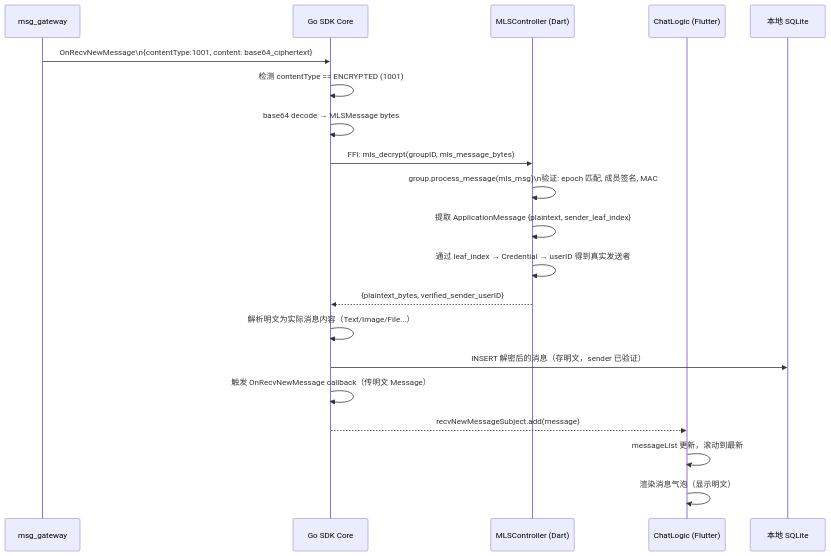
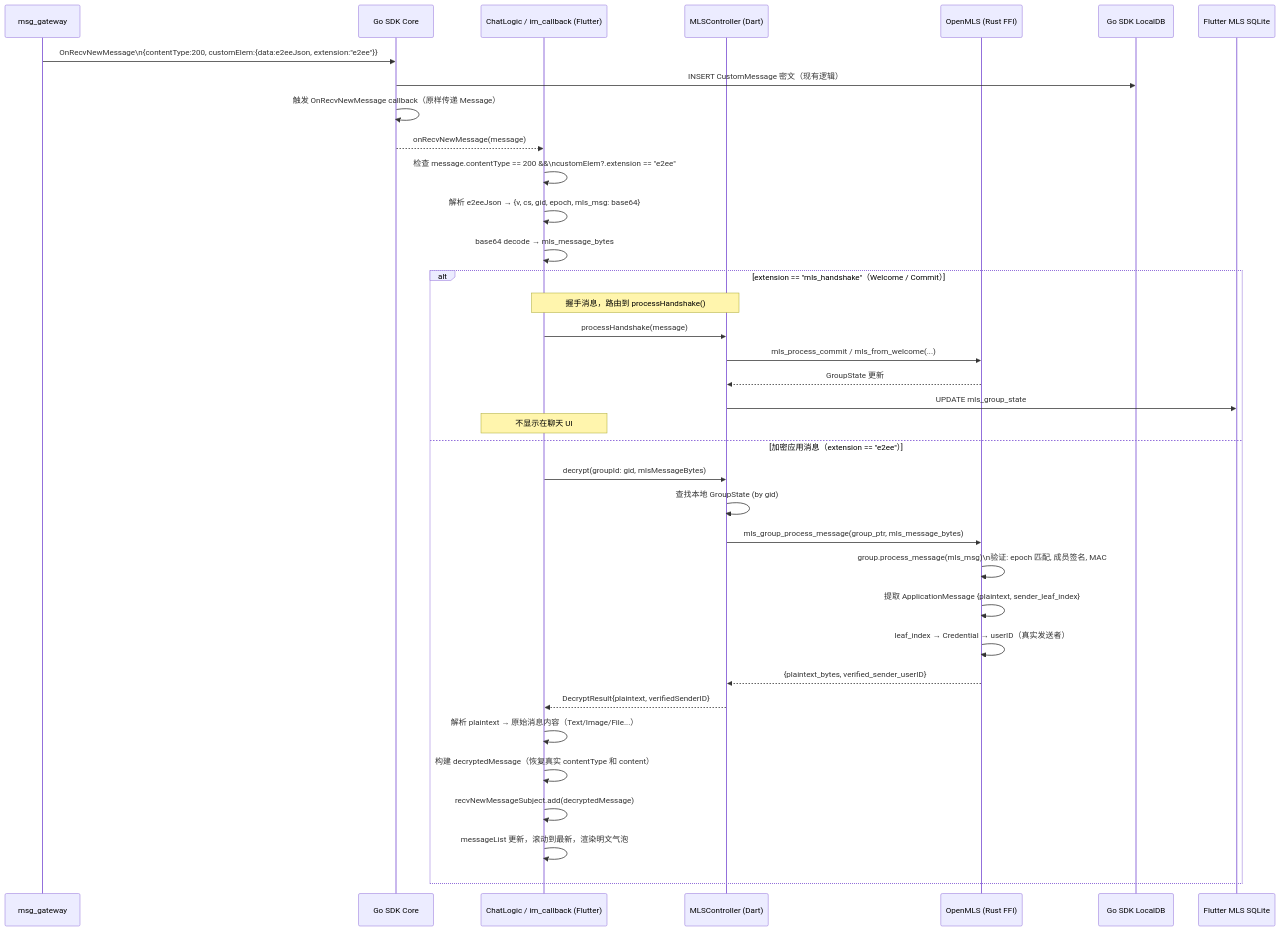
Before and after one commit to sok-im/open-im-server-origin: the fourth of 9 diagrams in e2ee-openmls-design.md, drawn with Mermaid. The commit also changed other lines of this file and 10 other files, not shown here.

````diff
--- a/e2ee-openmls-design.md
+++ b/e2ee-openmls-design.md
@@ -254,25 +275,42 @@
 ```mermaid
 sequenceDiagram
     participant GW as msg_gateway
     participant SDK as Go SDK Core
+    participant UI as ChatLogic / im_callback (Flutter)
     participant MLS as MLSController (Dart)
-    participant UI as ChatLogic (Flutter)
-    participant DB as 本地 SQLite
+    participant FFI as OpenMLS (Rust FFI)
+    participant SDKDB as Go SDK LocalDB
+    participant MLSDB as Flutter MLS SQLite
 
-    GW->>SDK: OnRecvNewMessage\n{contentType:1001, content: base64_ciphertext}
-    SDK->>SDK: 检测 contentType == ENCRYPTED (1001)
-    SDK->>SDK: base64 decode → MLSMessage bytes
+    GW->>SDK: OnRecvNewMessage\n{contentType:200, customElem:{data:e2eeJson, extension:"e2ee"}}
+    SDK->>SDKDB: INSERT CustomMessage 密文（现有逻辑）
+    SDK->>SDK: 触发 OnRecvNewMessage callback（原样传递 Message）
+    SDK-->>UI: onRecvNewMessage(message)
 
-    SDK->>MLS: FFI: mls_decrypt(groupID, mls_message_bytes)
-    MLS->>MLS: group.process_message(mls_msg)\n验证: epoch 匹配, 成员签名, MAC
-    MLS->>MLS: 提取 ApplicationMessage {plaintext, sender_leaf_index}
-    MLS->>MLS: 通过 leaf_index → Credential → userID 得到真实发送者
-    MLS-->>SDK: {plaintext_bytes, verified_sender_userID}
+    UI->>UI: 检查 message.contentType == 200 &&\ncustomElem?.extension == "e2ee"
+    UI->>UI: 解析 e2eeJson → {v, cs, gid, epoch, mls_msg: base64}
+    UI->>UI: base64 decode → mls_message_bytes
 
-    SDK->>SDK: 解析明文为实际消息内容（Text/Image/File...）
-    SDK->>DB: INSERT 解密后的消息（存明文，sender 已验证）
-    SDK->>SDK: 触发 OnRecvNewMessage callback（传明文 Message）
-    SDK-->>UI: recvNewMessageSubject.add(message)
-    UI->>UI: messageList 更新，滚动到最新
-    UI->>UI: 渲染消息气泡（显示明文）
+    alt extension == "mls_handshake"（Welcome / Commit）
+        Note over UI,MLS: 握手消息，路由到 processHandshake()
+        UI->>MLS: processHandshake(message)
+        MLS->>FFI: mls_process_commit / mls_from_welcome(...)
+        FFI-->>MLS: GroupState 更新
+        MLS->>MLSDB: UPDATE mls_group_state
+        Note over UI: 不显示在聊天 UI
+    else 加密应用消息（extension == "e2ee"）
+        UI->>MLS: decrypt(groupId: gid, mlsMessageBytes)
+        MLS->>MLS: 查找本地 GroupState (by gid)
+        MLS->>FFI: mls_group_process_message(group_ptr, mls_message_bytes)
+        FFI->>FFI: group.process_message(mls_msg)\n验证: epoch 匹配, 成员签名, MAC
+        FFI->>FFI: 提取 ApplicationMessage {plaintext, sender_leaf_index}
+        FFI->>FFI: leaf_index → Credential → userID（真实发送者）
+        FFI-->>MLS: {plaintext_bytes, verified_sender_userID}
+        MLS-->>UI: DecryptResult{plaintext, verifiedSenderID}
+
+        UI->>UI: 解析 plaintext → 原始消息内容（Text/Image/File...）
+        UI->>UI: 构建 decryptedMessage（恢复真实 contentType 和 content）
+        UI->>UI: recvNewMessageSubject.add(decryptedMessage)
+        UI->>UI: messageList 更新，滚动到最新，渲染明文气泡
+    end
 ```
````
